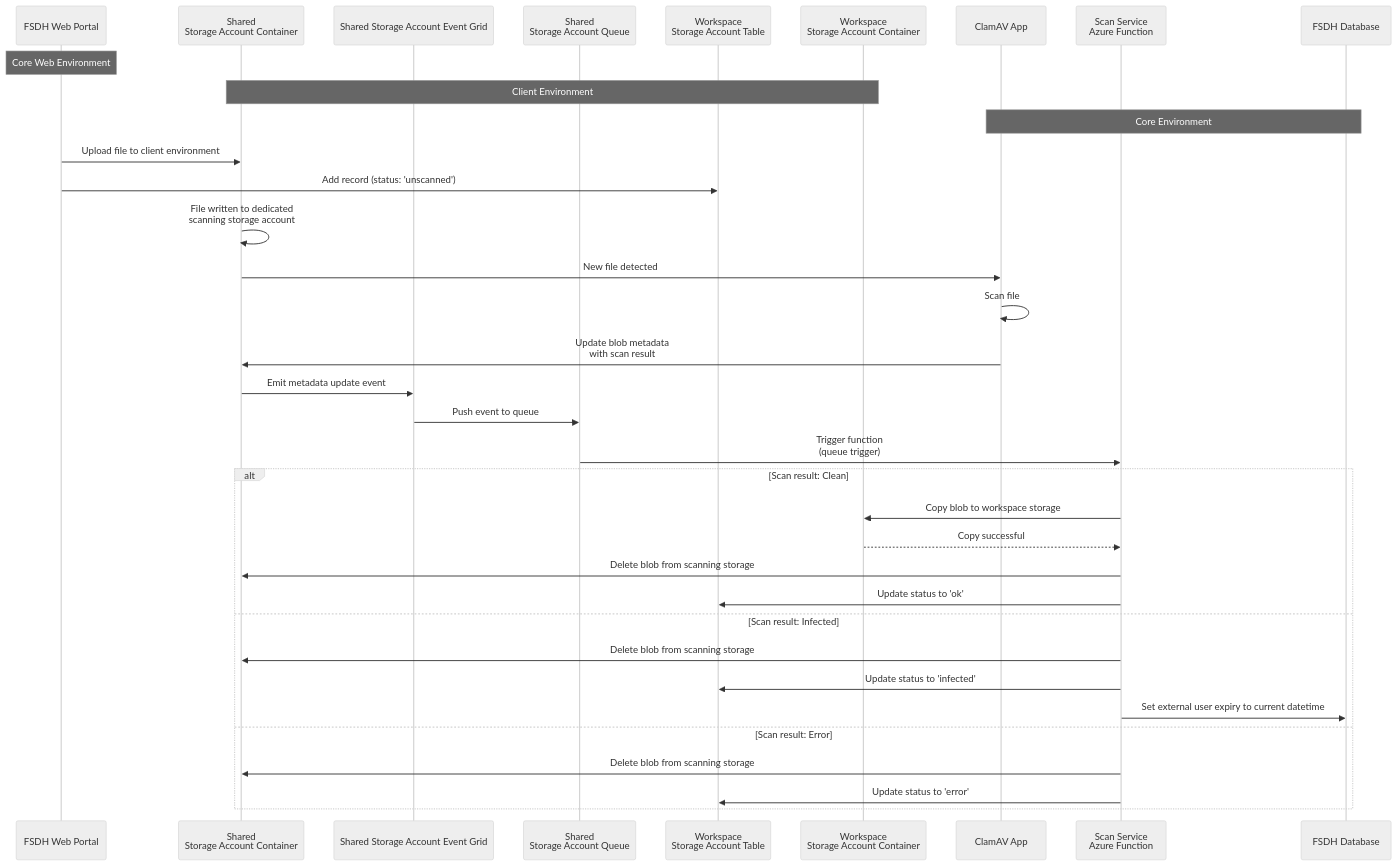
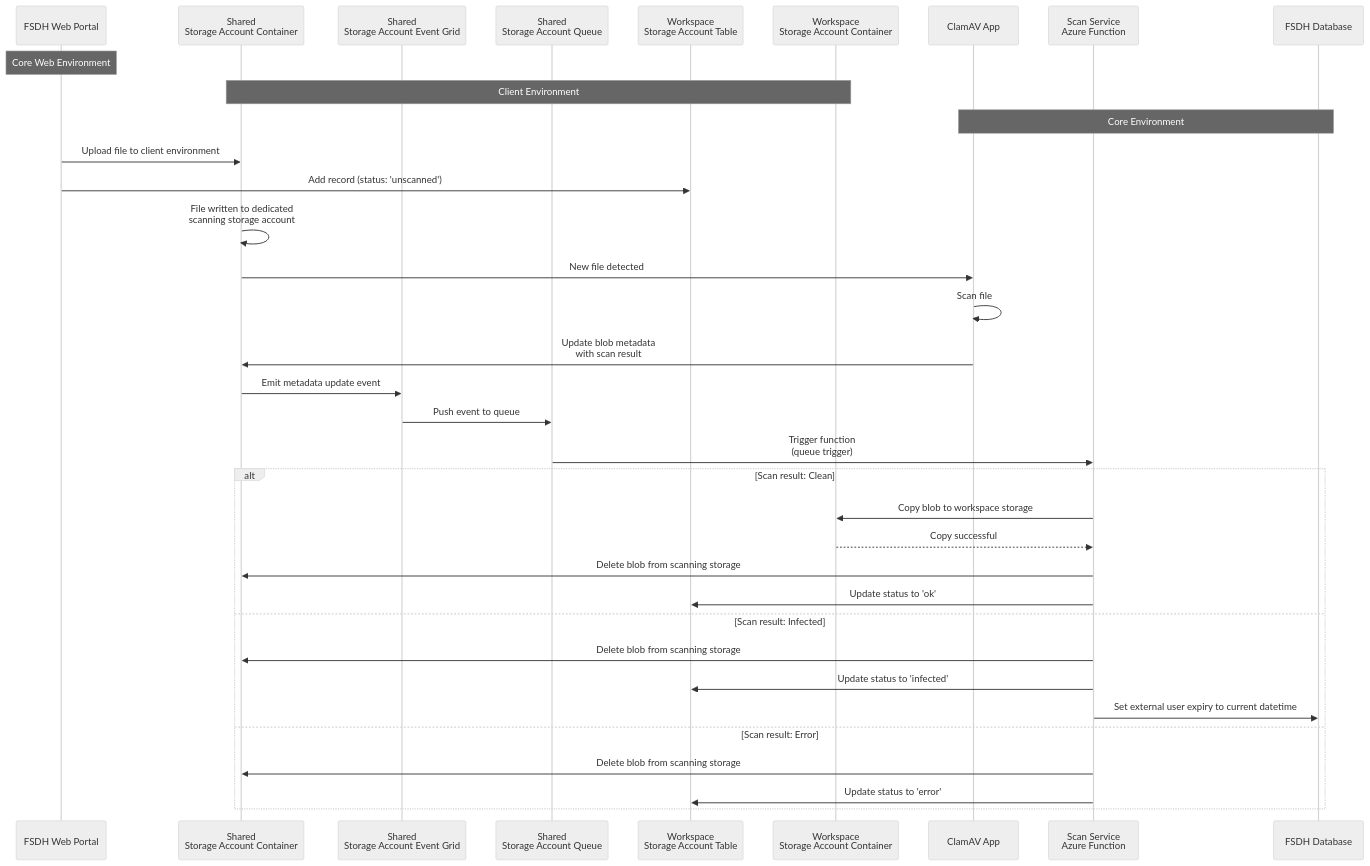
The diagram in DeveloperGuide/ClamAV/file-scanning-sequence-diagram.md (ssc-sp/datahub-docs), drawn with Mermaid (neutral theme) before and after one commit.

Commit message:
updated documentation for ClamAV

````diff
--- a/DeveloperGuide/ClamAV/file-scanning-sequence-diagram.md
+++ b/DeveloperGuide/ClamAV/file-scanning-sequence-diagram.md
@@ -5,44 +5,44 @@
 ```mermaid
 sequenceDiagram
     participant Portal as FSDH Web Portal
     participant ScanStorage as Shared<br/> Storage Account Container
-    participant EventGrid as Shared Storage Account Event Grid
+    participant EventGrid as Shared<br/>Storage Account Event Grid
     participant Queue as Shared<br/>Storage Account Queue
     participant ClientTable as Workspace<br/> Storage Account Table
     participant WorkspaceStorage as Workspace<br/>Storage Account Container
     participant ClamAV as ClamAV App
     participant ScanFunc as Scan Service<br/>Azure Function
     participant Database as FSDH Database
 
     Note over Portal: Core Web Environment
     Note over ScanStorage,WorkspaceStorage: Client Environment
     Note over ClamAV,Database: Core Environment
     
     Portal->>ScanStorage: Upload file to client environment
     Portal->>ClientTable: Add record (status: 'unscanned')
     
     ScanStorage->>ScanStorage: File written to dedicated<br/>scanning storage account
     
     ScanStorage->>ClamAV: New file detected
     ClamAV->>ClamAV: Scan file
     ClamAV->>ScanStorage: Update blob metadata<br/>with scan result
     
     ScanStorage->>EventGrid: Emit metadata update event
     EventGrid->>Queue: Push event to queue
     
     Queue->>ScanFunc: Trigger function<br/>(queue trigger)
     
     alt Scan result: Clean
         ScanFunc->>WorkspaceStorage: Copy blob to workspace storage
         WorkspaceStorage-->>ScanFunc: Copy successful
         ScanFunc->>ScanStorage: Delete blob from scanning storage
         ScanFunc->>ClientTable: Update status to 'ok'
     else Scan result: Infected
         ScanFunc->>ScanStorage: Delete blob from scanning storage
         ScanFunc->>ClientTable: Update status to 'infected'
         ScanFunc->>Database: Set external user expiry to current datetime
     else Scan result: Error
         ScanFunc->>ScanStorage: Delete blob from scanning storage
         ScanFunc->>ClientTable: Update status to 'error'
     end
 ```
````
